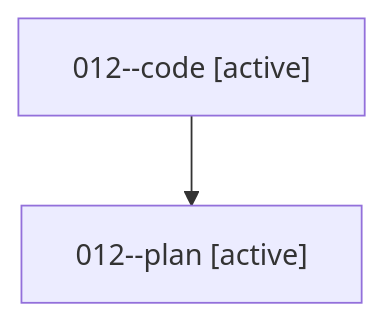
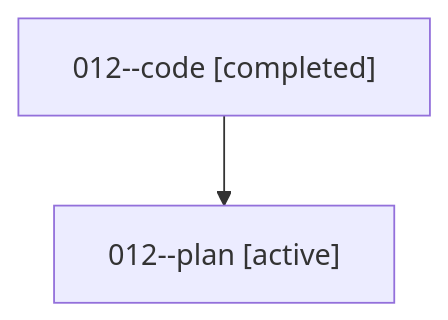
Before and after one commit to sase-org/sase--agents: the diagram in sessions/bbugyi200.athena.012.md, drawn with Mermaid. The commit also changed other lines of this file and 6 other files, not shown here.

````diff
--- a/sessions/bbugyi200.athena.012.md
+++ b/sessions/bbugyi200.athena.012.md
@@ -9,6 +9,6 @@
 ```mermaid
 flowchart TD
-  n0["012--code [active]"]
+  n0["012--code [completed]"]
   n1["012--plan [active]"]
   n0 --> n1
 ```
````
